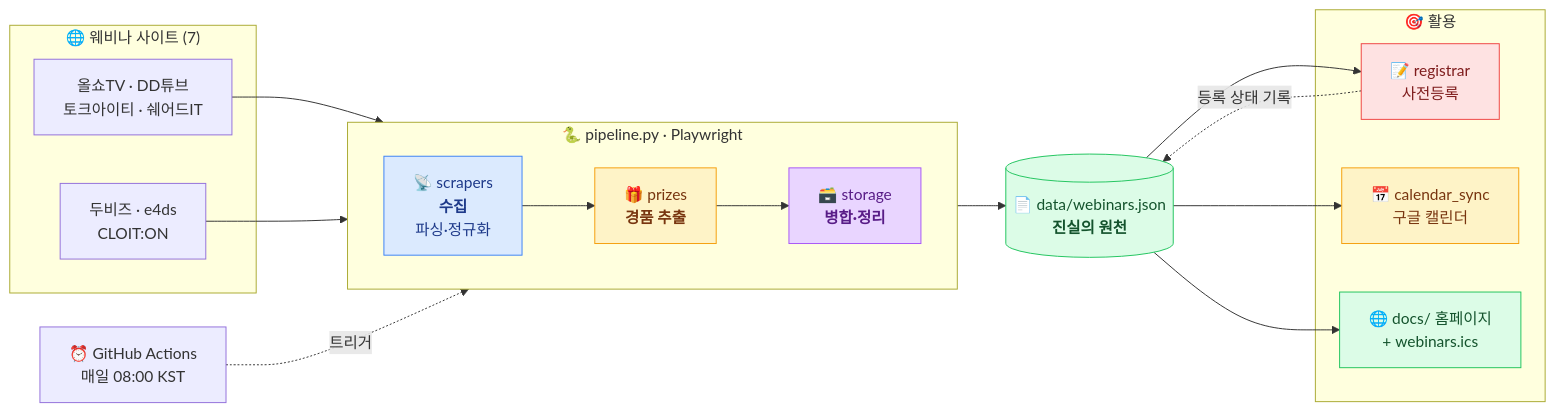
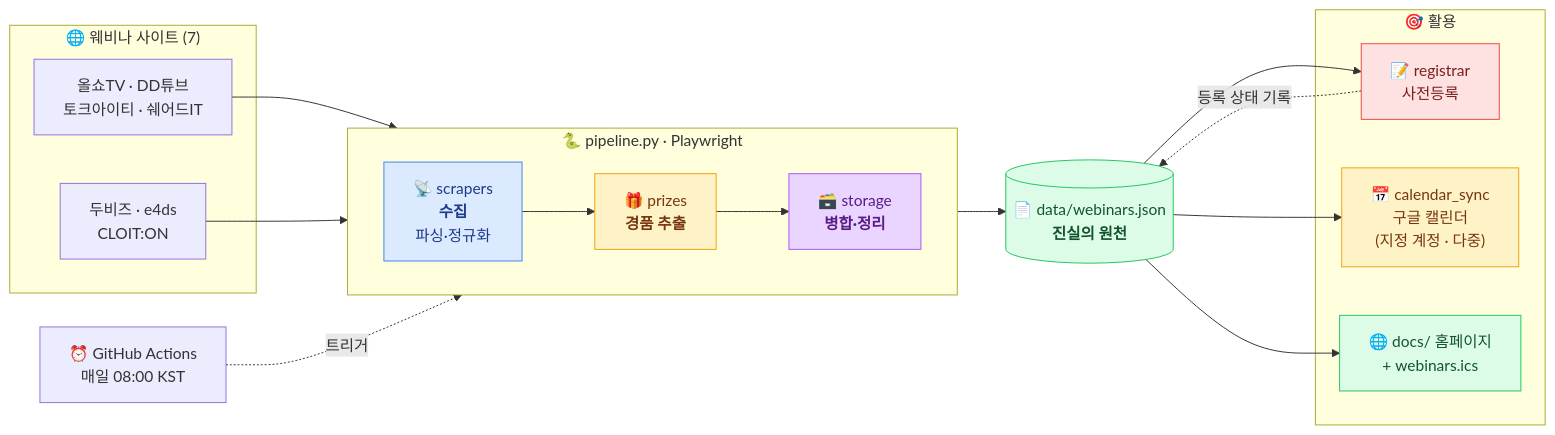
The first of 2 diagrams in README.md (leemgs/webinar-auto-registration), drawn with Mermaid before and after one commit. The commit also changed other lines of this file, not shown here.

First line of the commit message:
docs: reflect multi-account Google Calendar sync across README

````diff
--- a/README.md
+++ b/README.md
@@ -13,40 +14,40 @@
 ```mermaid
 flowchart LR
     subgraph SRC["🌐 웨비나 사이트 (7)"]
         S1["올쇼TV · DD튜브<br/>토크아이티 · 쉐어드IT"]
         S2["두비즈 · e4ds<br/>CLOIT:ON"]
     end
 
     subgraph PIPE["🐍 pipeline.py · Playwright"]
         direction LR
         SC["📡 scrapers<br/><b>수집</b><br/>파싱·정규화"]
         PR["🎁 prizes<br/><b>경품 추출</b>"]
         MG["🗃️ storage<br/><b>병합·정리</b>"]
         SC --> PR --> MG
     end
 
     DB[("📄 data/webinars.json<br/><b>진실의 원천</b>")]
 
     subgraph OUT["🎯 활용"]
         RG["📝 registrar<br/>사전등록"]
-        CAL["📅 calendar_sync<br/>구글 캘린더"]
+        CAL["📅 calendar_sync<br/>구글 캘린더<br/>(지정 계정 · 다중)"]
         WEB["🌐 docs/ 홈페이지<br/>+ webinars.ics"]
     end
 
     S1 --> SC
     S2 --> SC
     MG --> DB
     DB --> RG
     DB --> CAL
     DB --> WEB
     RG -. "등록 상태 기록" .-> DB
     CRON["⏰ GitHub Actions<br/>매일 08:00 KST"] -. "트리거" .-> PIPE
 
     style SC fill:#dbeafe,stroke:#3b82f6,color:#1e3a8a
     style PR fill:#fef3c7,stroke:#f59e0b,color:#78350f
     style MG fill:#e9d5ff,stroke:#a855f7,color:#581c87
     style DB fill:#dcfce7,stroke:#22c55e,color:#14532d
     style WEB fill:#dcfce7,stroke:#22c55e,color:#14532d
     style RG fill:#fee2e2,stroke:#ef4444,color:#7f1d1d
     style CAL fill:#fef3c7,stroke:#f59e0b,color:#78350f
 ```
````
